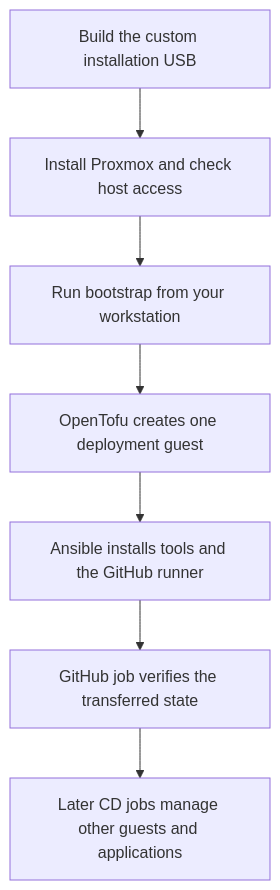
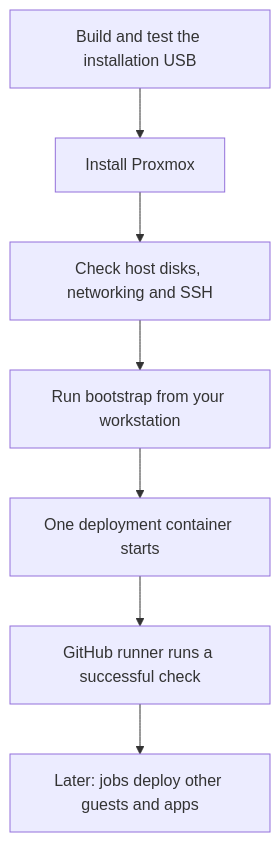
One commit to theaussiepom/homelab changed the diagram in proxmox/README.md. Above: the diagram before and after it, drawn with Mermaid. The commit also changed other lines of this file and 11 other files, not shown here.

````diff
--- a/proxmox/README.md
+++ b/proxmox/README.md
@@ -13,9 +13,9 @@
 ```mermaid
 flowchart TD
-    A[Build the custom installation USB] --> B[Install Proxmox and check host access]
-    B --> C[Run bootstrap from your workstation]
-    C --> D[OpenTofu creates one deployment guest]
-    D --> E[Ansible installs tools and the GitHub runner]
-    E --> F[GitHub job verifies the transferred state]
-    F --> G[Later CD jobs manage other guests and applications]
+    A[Build and test the installation USB] --> B[Install Proxmox]
+    B --> C[Check host disks, networking and SSH]
+    C --> D[Run bootstrap from your workstation]
+    D --> E[One deployment container starts]
+    E --> F[GitHub runner runs a successful check]
+    F --> G[Later: jobs deploy other guests and apps]
 ```
````
